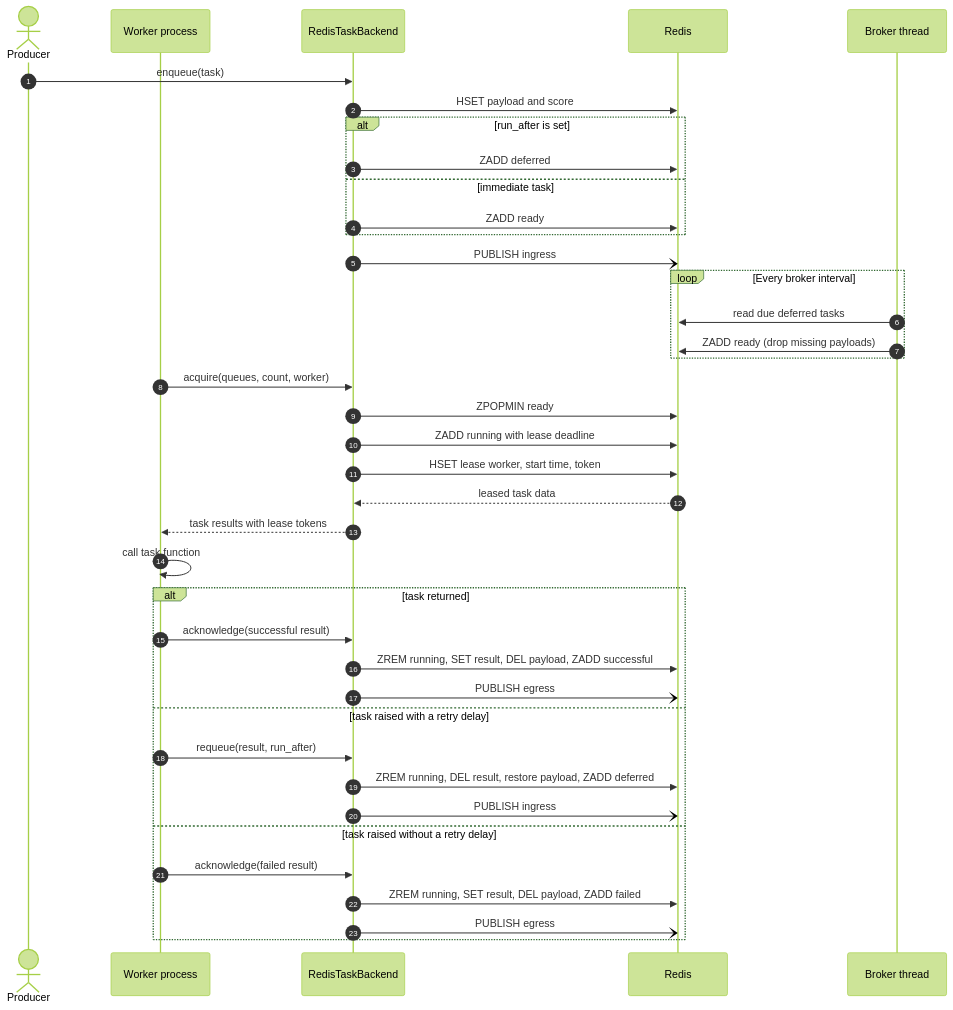
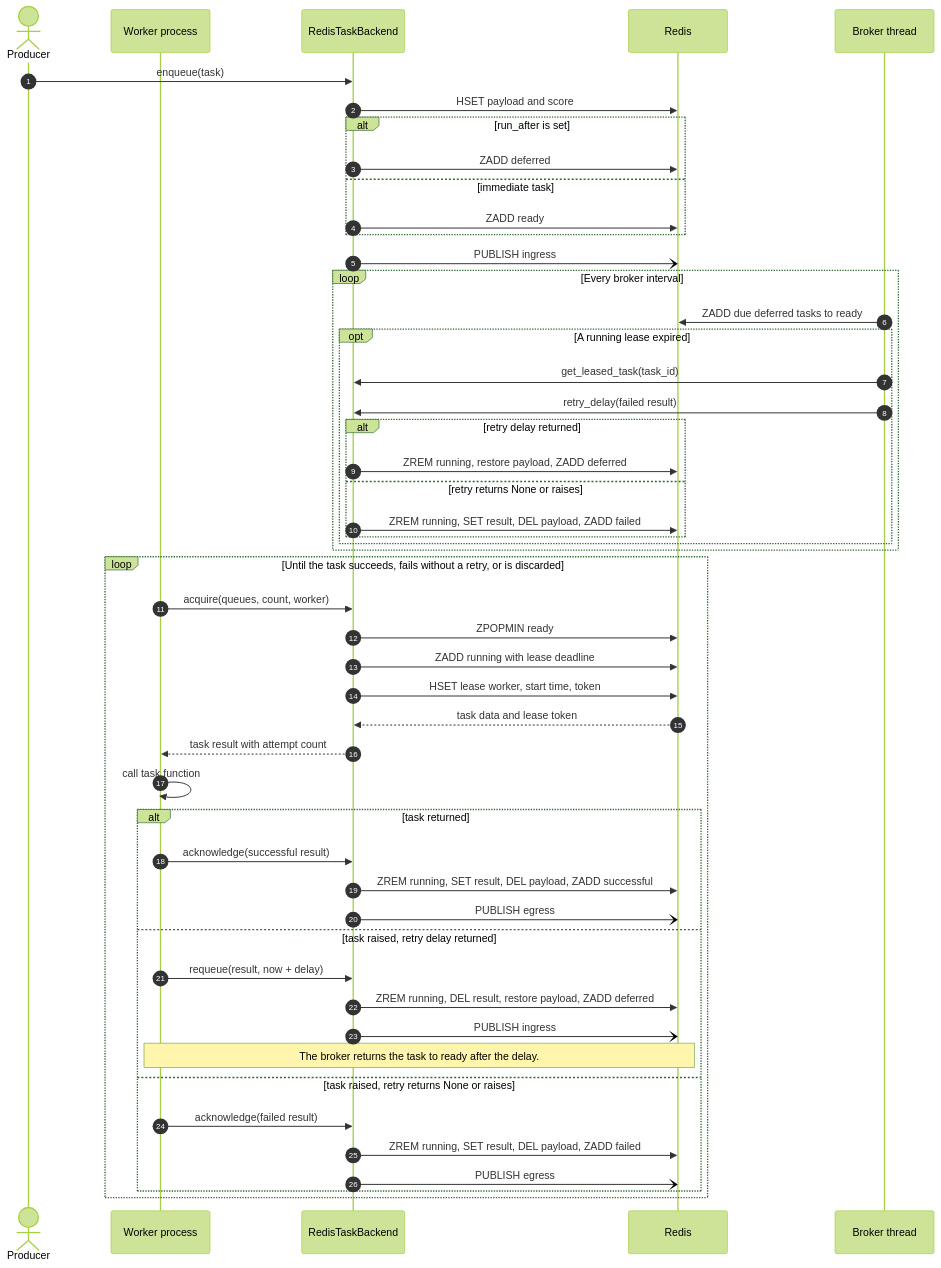
One commit to codingjoe/threadmill changed the second of 3 diagrams in CONTRIBUTING.md. Above: the diagram before and after it, drawn with Mermaid (forest theme). The commit also changed other lines of this file, not shown here.

Commit message:
Show retries and terminal success in task diagrams

````diff
--- a/CONTRIBUTING.md
+++ b/CONTRIBUTING.md
@@ -60,45 +88,56 @@
 ```mermaid
 sequenceDiagram
     autonumber
     actor Producer
     participant Worker as Worker process
     participant Backend as RedisTaskBackend
     participant Redis
     participant Broker as Broker thread
 
     Producer->>Backend: enqueue(task)
     Backend->>Redis: HSET payload and score
     alt run_after is set
         Backend->>Redis: ZADD deferred
     else immediate task
         Backend->>Redis: ZADD ready
     end
     Backend-)Redis: PUBLISH ingress
 
     loop Every broker interval
-        Broker->>Redis: read due deferred tasks
-        Broker->>Redis: ZADD ready (drop missing payloads)
+        Broker->>Redis: ZADD due deferred tasks to ready
+        opt A running lease expired
+            Broker->>Backend: get_leased_task(task_id)
+            Broker->>Backend: retry_delay(failed result)
+            alt retry delay returned
+                Backend->>Redis: ZREM running, restore payload, ZADD deferred
+            else retry returns None or raises
+                Backend->>Redis: ZREM running, SET result, DEL payload, ZADD failed
+            end
+        end
     end
 
-    Worker->>Backend: acquire(queues, count, worker)
-    Backend->>Redis: ZPOPMIN ready
-    Backend->>Redis: ZADD running with lease deadline
-    Backend->>Redis: HSET lease worker, start time, token
-    Redis-->>Backend: leased task data
-    Backend-->>Worker: task results with lease tokens
-    Worker->>Worker: call task function
+    loop Until the task succeeds, fails without a retry, or is discarded
+        Worker->>Backend: acquire(queues, count, worker)
+        Backend->>Redis: ZPOPMIN ready
+        Backend->>Redis: ZADD running with lease deadline
+        Backend->>Redis: HSET lease worker, start time, token
+        Redis-->>Backend: task data and lease token
+        Backend-->>Worker: task result with attempt count
+        Worker->>Worker: call task function
 
-    alt task returned
-        Worker->>Backend: acknowledge(successful result)
-        Backend->>Redis: ZREM running, SET result, DEL payload, ZADD successful
-        Backend-)Redis: PUBLISH egress
-    else task raised with a retry delay
-        Worker->>Backend: requeue(result, run_after)
-        Backend->>Redis: ZREM running, DEL result, restore payload, ZADD deferred
-        Backend-)Redis: PUBLISH ingress
-    else task raised without a retry delay
-        Worker->>Backend: acknowledge(failed result)
-        Backend->>Redis: ZREM running, SET result, DEL payload, ZADD failed
-        Backend-)Redis: PUBLISH egress
+        alt task returned
+            Worker->>Backend: acknowledge(successful result)
+            Backend->>Redis: ZREM running, SET result, DEL payload, ZADD successful
+            Backend-)Redis: PUBLISH egress
+        else task raised, retry delay returned
+            Worker->>Backend: requeue(result, now + delay)
+            Backend->>Redis: ZREM running, DEL result, restore payload, ZADD deferred
+            Backend-)Redis: PUBLISH ingress
+            Note over Worker,Redis: The broker returns the task to ready after the delay.
+        else task raised, retry returns None or raises
+            Worker->>Backend: acknowledge(failed result)
+            Backend->>Redis: ZREM running, SET result, DEL payload, ZADD failed
+            Backend-)Redis: PUBLISH egress
+        end
     end
 ```
````
